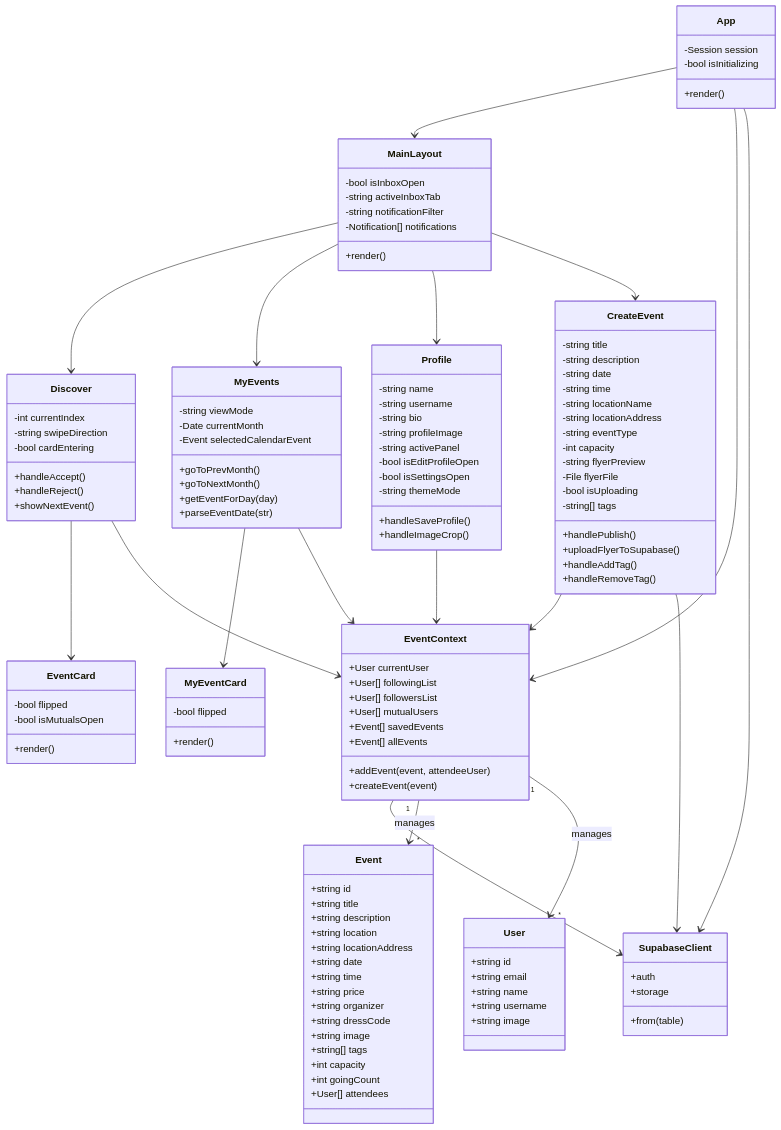
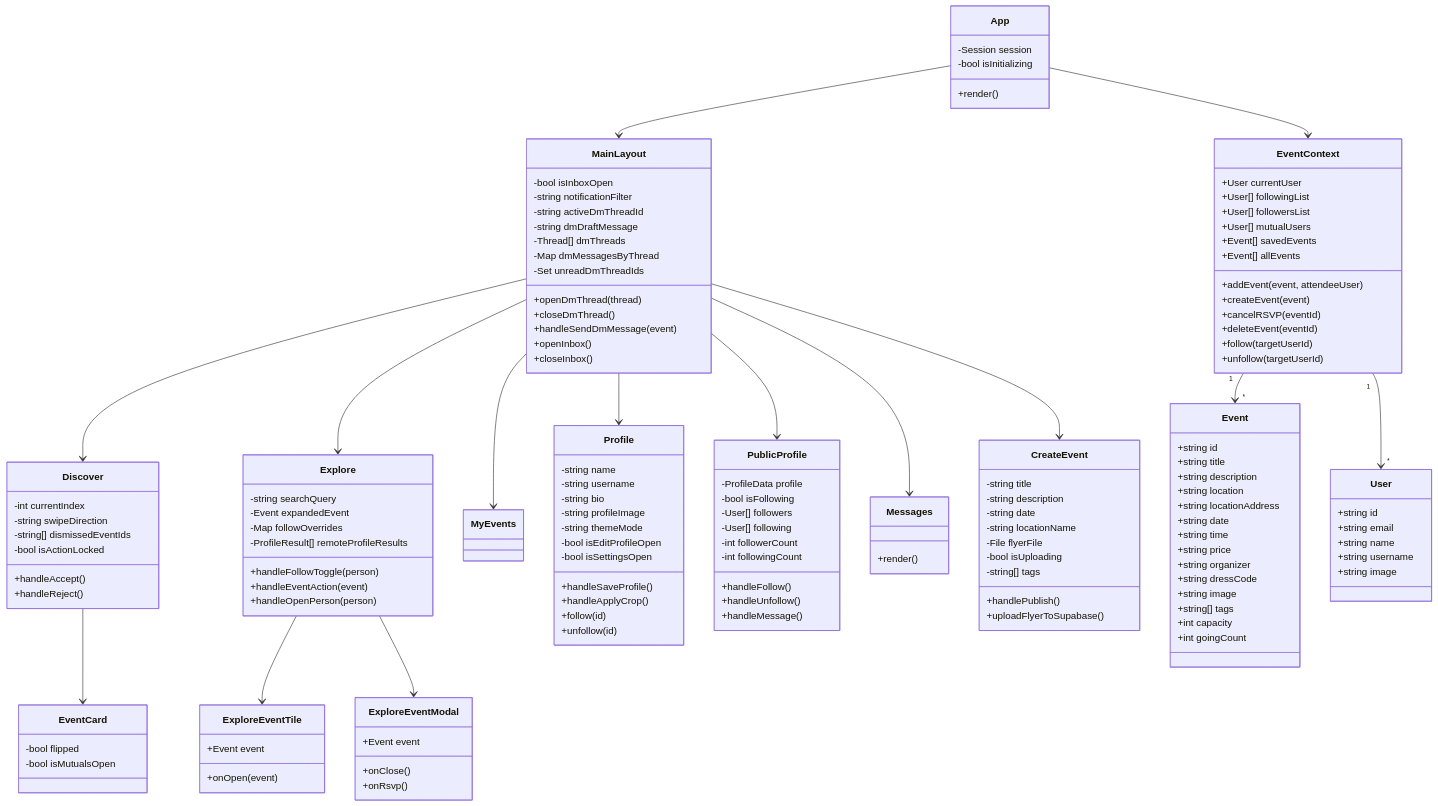
Before and after one commit to Aalbana20/campus-event-navigation: the fifth of 5 diagrams in docs/architecture/uml-diagrams.md, drawn with Mermaid. The commit also changed other lines of this file and 3 other files, not shown here.

Commit message:
Remove duplicate files, update UML diagrams

````diff
--- a/docs/architecture/uml-diagrams.md
+++ b/docs/architecture/uml-diagrams.md
@@ -201,6 +253,10 @@
         +Event[] allEvents
         +addEvent(event, attendeeUser)
         +createEvent(event)
+        +cancelRSVP(eventId)
+        +deleteEvent(eventId)
+        +follow(targetUserId)
+        +unfollow(targetUserId)
     }
 
     class App {
@@ -211,29 +267,40 @@
 
     class MainLayout {
         -bool isInboxOpen
-        -string activeInboxTab
         -string notificationFilter
-        -Notification[] notifications
-        +render()
+        -string activeDmThreadId
+        -string dmDraftMessage
+        -Thread[] dmThreads
+        -Map dmMessagesByThread
+        -Set unreadDmThreadIds
+        +openDmThread(thread)
+        +closeDmThread()
+        +handleSendDmMessage(event)
+        +openInbox()
+        +closeInbox()
     }
 
     class Discover {
         -int currentIndex
         -string swipeDirection
-        -bool cardEntering
+        -string[] dismissedEventIds
+        -bool isActionLocked
         +handleAccept()
         +handleReject()
-        +showNextEvent()
     }
 
-    class MyEvents {
-        -string viewMode
-        -Date currentMonth
-        -Event selectedCalendarEvent
-        +goToPrevMonth()
-        +goToNextMonth()
-        +getEventForDay(day)
-        +parseEventDate(str)
+    class Explore {
+        -string searchQuery
+        -Event expandedEvent
+        -Map followOverrides
+        -ProfileResult[] remoteProfileResults
+        +handleFollowToggle(person)
+        +handleEventAction(event)
+        +handleOpenPerson(person)
+    }
+
+    class Messages {
+        +render()
     }
 
     class Profile {
@@ -241,65 +308,54 @@
         -string username
         -string bio
         -string profileImage
-        -string activePanel
+        -string themeMode
         -bool isEditProfileOpen
         -bool isSettingsOpen
-        -string themeMode
         +handleSaveProfile()
-        +handleImageCrop()
+        +handleApplyCrop()
+        +follow(id)
+        +unfollow(id)
+    }
+
+    class PublicProfile {
+        -ProfileData profile
+        -bool isFollowing
+        -User[] followers
+        -User[] following
+        -int followerCount
+        -int followingCount
+        +handleFollow()
+        +handleUnfollow()
+        +handleMessage()
     }
 
     class CreateEvent {
         -string title
         -string description
         -string date
-        -string time
         -string locationName
-        -string locationAddress
-        -string eventType
-        -int capacity
-        -string flyerPreview
         -File flyerFile
         -bool isUploading
         -string[] tags
         +handlePublish()
         +uploadFlyerToSupabase()
-        +handleAddTag()
-        +handleRemoveTag()
     }
 
     class EventCard {
         -bool flipped
         -bool isMutualsOpen
-        +render()
     }
 
-    class MyEventCard {
-        -bool flipped
-        +render()
+    class ExploreEventTile {
+        +Event event
+        +onOpen(event)
     }
 
-    class SupabaseClient {
-        +auth
-        +from(table)
-        +storage
+    class ExploreEventModal {
+        +Event event
+        +onClose()
+        +onRsvp()
     }
-
-    App --> MainLayout
-    MainLayout --> Discover
-    MainLayout --> MyEvents
-    MainLayout --> Profile
-    MainLayout --> CreateEvent
-    Discover --> EventCard
-    MyEvents --> MyEventCard
-    Discover --> EventContext
-    MyEvents --> EventContext
-    Profile --> EventContext
-    CreateEvent --> EventContext
-    App --> EventContext
-    EventContext --> SupabaseClient
-    CreateEvent --> SupabaseClient
-    App --> SupabaseClient
 
     class Event {
         +string id
@@ -316,7 +372,6 @@
         +string[] tags
         +int capacity
         +int goingCount
-        +User[] attendees
     }
 
     class User {
@@ -327,6 +382,18 @@
         +string image
     }
 
-    EventContext "1" --> "*" Event : manages
-    EventContext "1" --> "*" User : manages
+    App --> MainLayout
+    App --> EventContext
+    MainLayout --> Discover
+    MainLayout --> Explore
+    MainLayout --> MyEvents
+    MainLayout --> Profile
+    MainLayout --> PublicProfile
+    MainLayout --> Messages
+    MainLayout --> CreateEvent
+    Discover --> EventCard
+    Explore --> ExploreEventTile
+    Explore --> ExploreEventModal
+    EventContext "1" --> "*" Event
+    EventContext "1" --> "*" User
 ```
````
